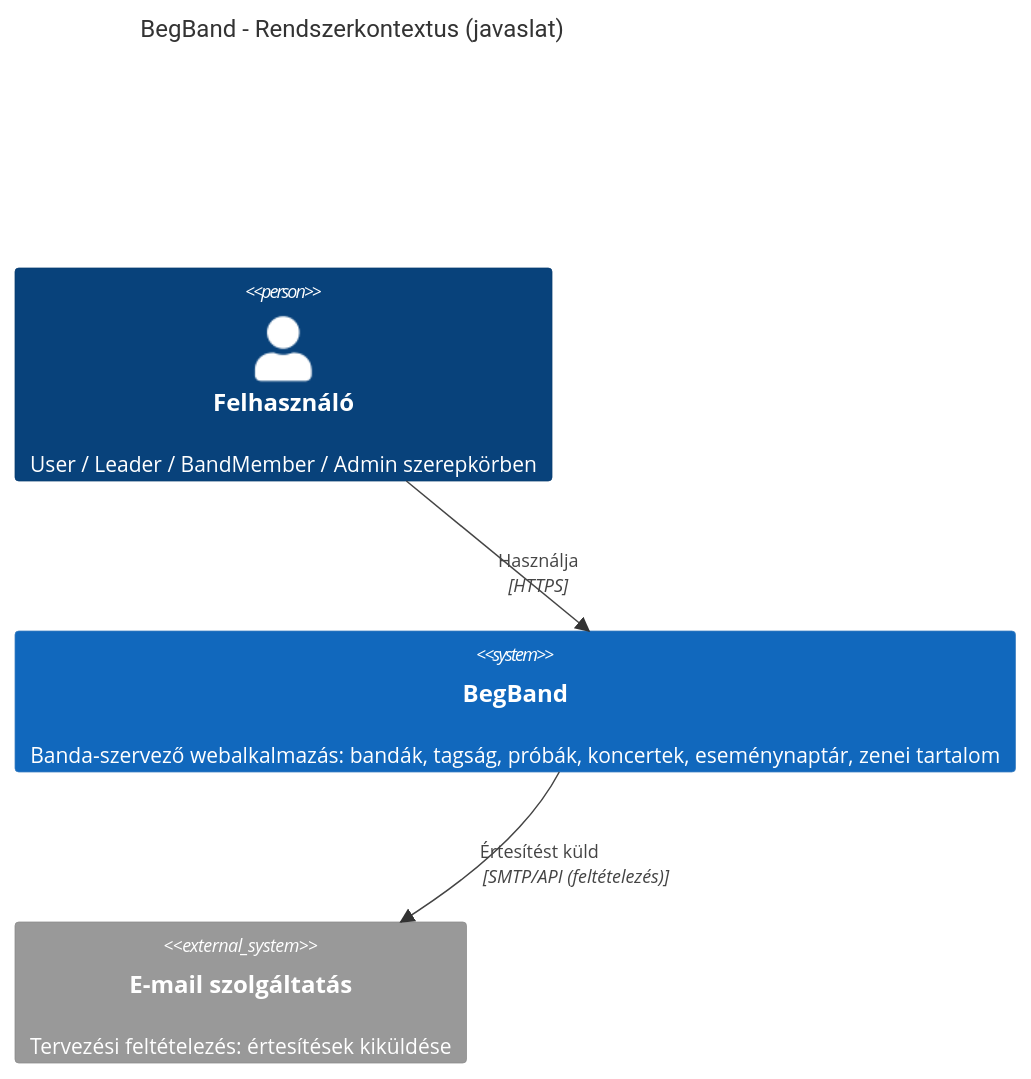
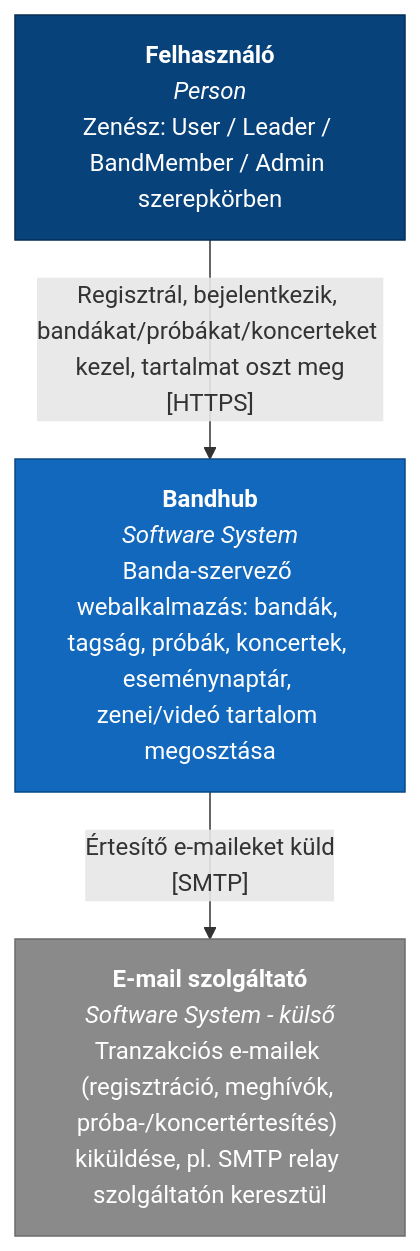
One commit to Kiyo200/BegBand changed the diagram in diagrams/mermaid/Context.md. Above: the diagram before and after it, drawn with Mermaid. The commit also changed other lines of this file and 20 other files, not shown here.

````diff
--- a/diagrams/mermaid/Context.md
+++ b/diagrams/mermaid/Context.md
@@ -3,11 +7,16 @@
 ```mermaid
-C4Context
-    title BegBand - Rendszerkontextus (javaslat)
+flowchart TD
+    user["<b>Felhasználó</b><br/><i>Person</i><br/>Zenész: User / Leader / BandMember / Admin szerepkörben"]
+    bandhub["<b>Bandhub</b><br/><i>Software System</i><br/>Banda-szervező webalkalmazás: bandák, tagság, próbák, koncertek, eseménynaptár, zenei/videó tartalom megosztása"]
+    email["<b>E-mail szolgáltató</b><br/><i>Software System - külső</i><br/>Tranzakciós e-mailek (regisztráció, meghívók, próba-/koncertértesítés) kiküldése, pl. SMTP relay szolgáltatón keresztül"]
 
-    Person(user, "Felhasználó", "User / Leader / BandMember / Admin szerepkörben")
-    System(begband, "BegBand", "Banda-szervező webalkalmazás: bandák, tagság, próbák, koncertek, eseménynaptár, zenei tartalom")
-    System_Ext(email, "E-mail szolgáltatás", "Tervezési feltételezés: értesítések kiküldése")
+    user -->|"Regisztrál, bejelentkezik, bandákat/próbákat/koncerteket kezel, tartalmat oszt meg<br/>[HTTPS]"| bandhub
+    bandhub -->|"Értesítő e-maileket küld<br/>[SMTP]"| email
 
-    Rel(user, begband, "Használja", "HTTPS")
-    Rel(begband, email, "Értesítést küld", "SMTP/API (feltételezés)")
+    classDef person fill:#08427B,stroke:#052E56,color:#fff
+    classDef system fill:#1168BD,stroke:#0B4884,color:#fff
+    classDef external fill:#8A8A8A,stroke:#6B6B6B,color:#fff
+    class user person
+    class bandhub system
+    class email external
 ```
````
